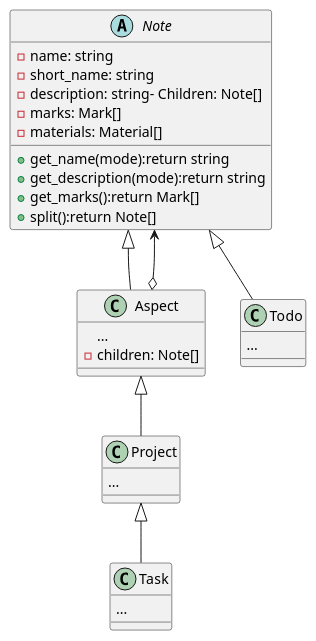
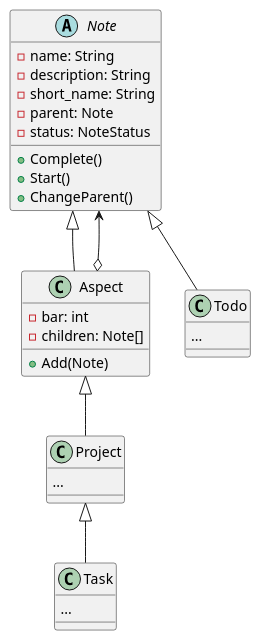
Before and after one commit to NeKita30/TODOshnick_pub: the diagram in Notes.puml, drawn with PlantUML. The commit also changed 2 other files, not shown here.

Commit message:
UML диаграмма

```diff
--- a/Notes.puml
+++ b/Notes.puml
@@ -1,39 +1,38 @@
 @startuml
 
 abstract class Note {
-+ get_name(mode):return string
-+ get_description(mode):return string
-+ get_marks():return Mark[]
-+ split():return Note[]
-- name: string
-- short_name: string
-- description: string- Children: Note[]
-- marks: Mark[]
-- materials: Material[]
++ Complete()
++ Start()
++ ChangeParent()
+- name: String
+- description: String
+- short_name: String
+- parent: Note
+- status: NoteStatus
 }
 
 class Aspect {
-...
++ Add(Note)
+- bar: int
 - children: Note[]
-
 }
 
 class Todo {
 ...
 }
 
 class Task {
 ...
 }
 
 class Project {
 ...
 }
 
 Aspect o--> Note
 Note <|-- Aspect
 Aspect <|-- Project
 Project <|-- Task
 Note <|-- Todo
 
 @enduml
```
